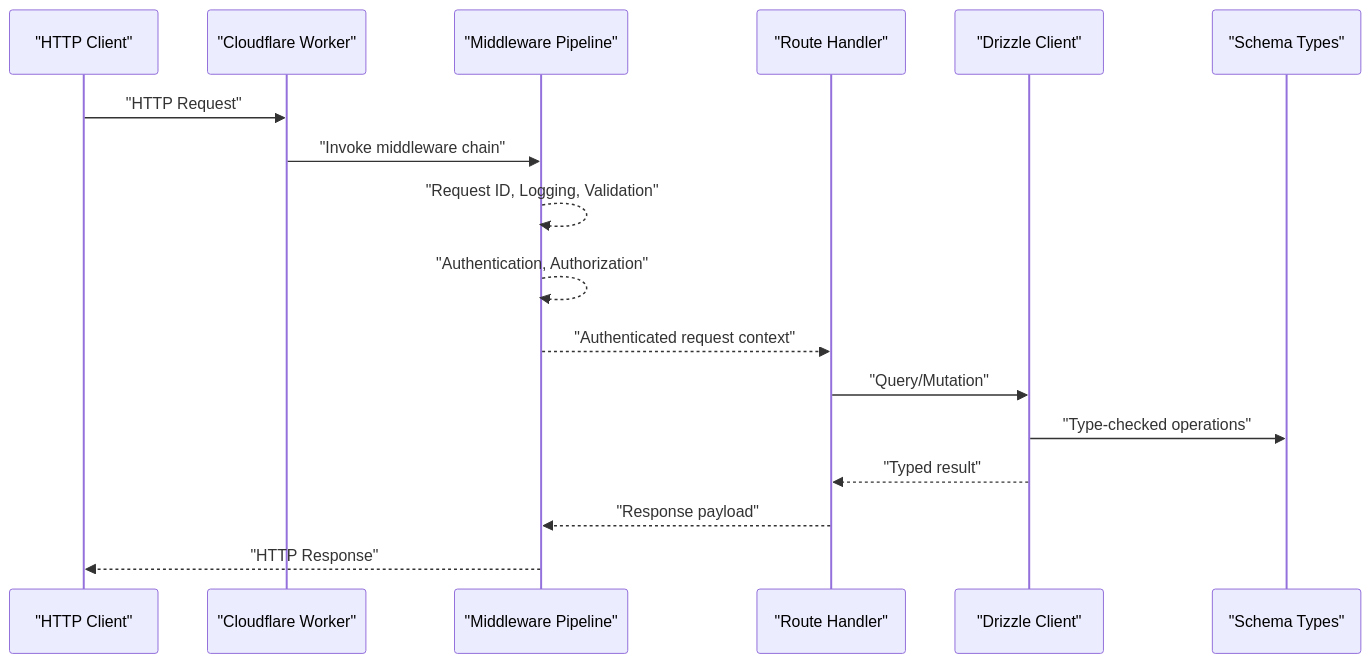
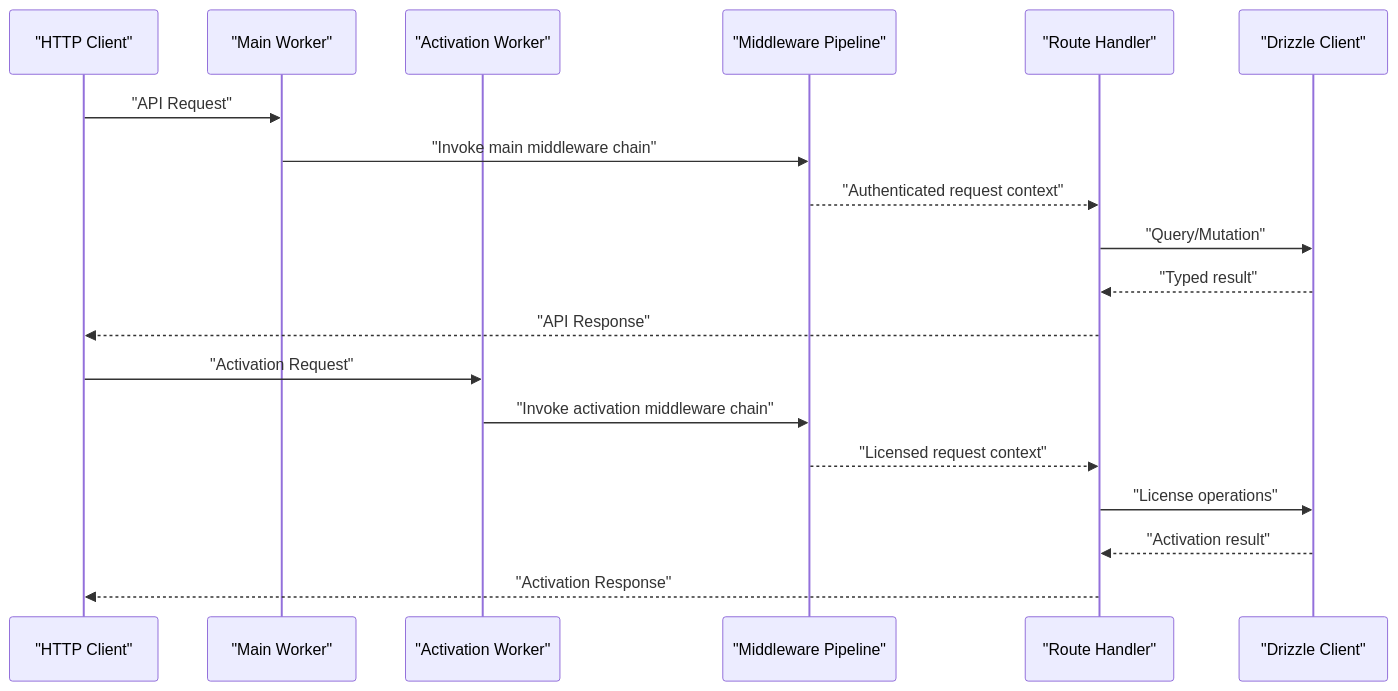
Before and after one commit to Mesililm-LLC/api.trackdub: the second of 6 diagrams in .qoder/repowiki/en/content/Architecture Overview/Architecture Overview.md, drawn with Mermaid. The commit also changed other lines of this file and 37 other files, not shown here.

````diff
--- a/.qoder/repowiki/en/content/Architecture Overview/Architecture Overview.md
+++ b/.qoder/repowiki/en/content/Architecture Overview/Architecture Overview.md
@@ -165,19 +155,21 @@
 ```mermaid
 sequenceDiagram
 participant Client as "HTTP Client"
-participant Worker as "Cloudflare Worker"
+participant MainWorker as "Main Worker"
+participant ActWorker as "Activation Worker"
 participant MW as "Middleware Pipeline"
 participant Route as "Route Handler"
 participant DB as "Drizzle Client"
-participant Schema as "Schema Types"
-Client->>Worker : "HTTP Request"
-Worker->>MW : "Invoke middleware chain"
-MW-->>MW : "Request ID, Logging, Validation"
-MW-->>MW : "Authentication, Authorization"
+Client->>MainWorker : "API Request"
+MainWorker->>MW : "Invoke main middleware chain"
 MW-->>Route : "Authenticated request context"
 Route->>DB : "Query/Mutation"
-DB->>Schema : "Type-checked operations"
 DB-->>Route : "Typed result"
-Route-->>MW : "Response payload"
-MW-->>Client : "HTTP Response"
+Route-->>Client : "API Response"
+Client->>ActWorker : "Activation Request"
+ActWorker->>MW : "Invoke activation middleware chain"
+MW-->>Route : "Licensed request context"
+Route->>DB : "License operations"
+DB-->>Route : "Activation result"
+Route-->>Client : "Activation Response"
 ```
````
